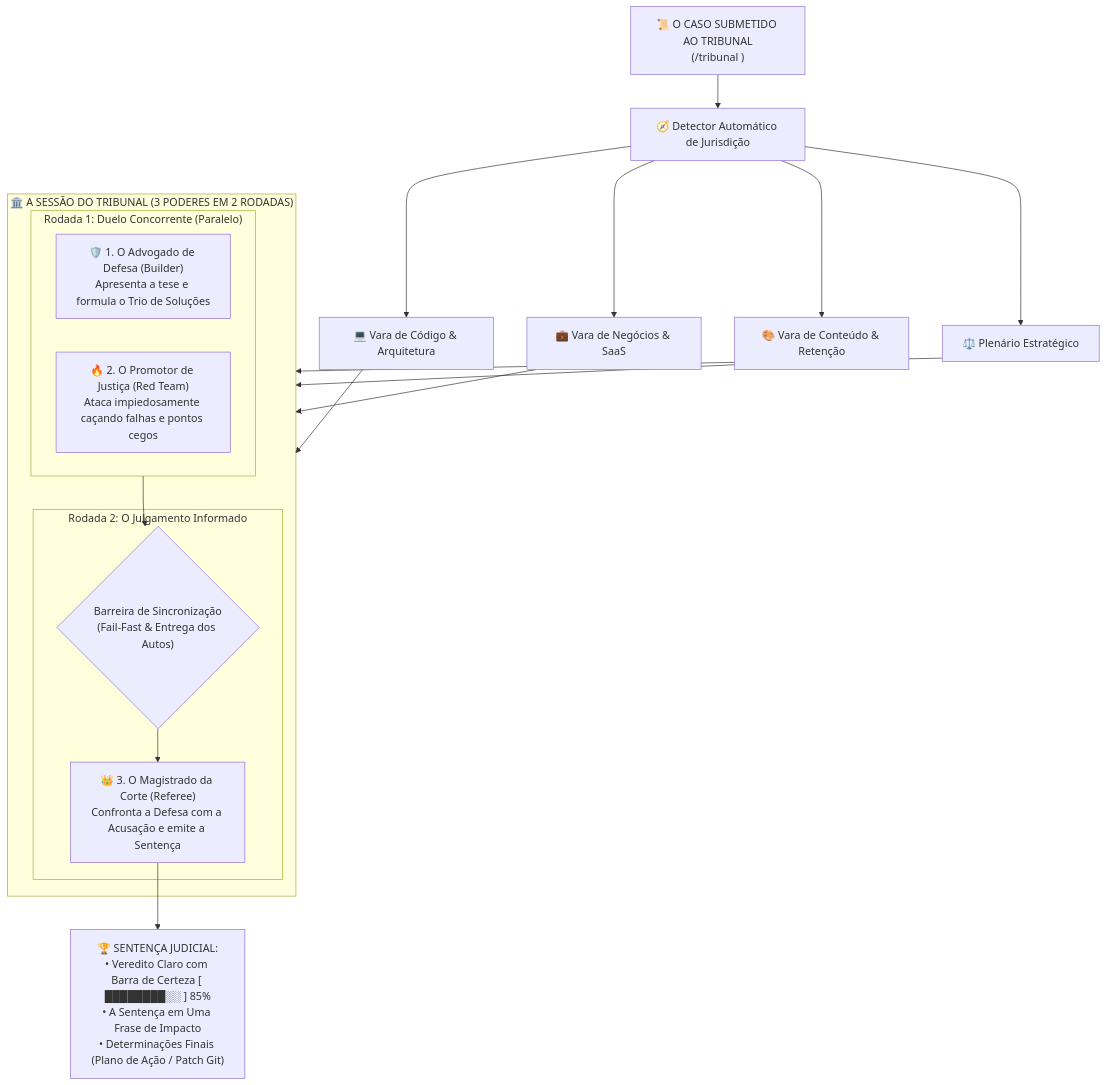
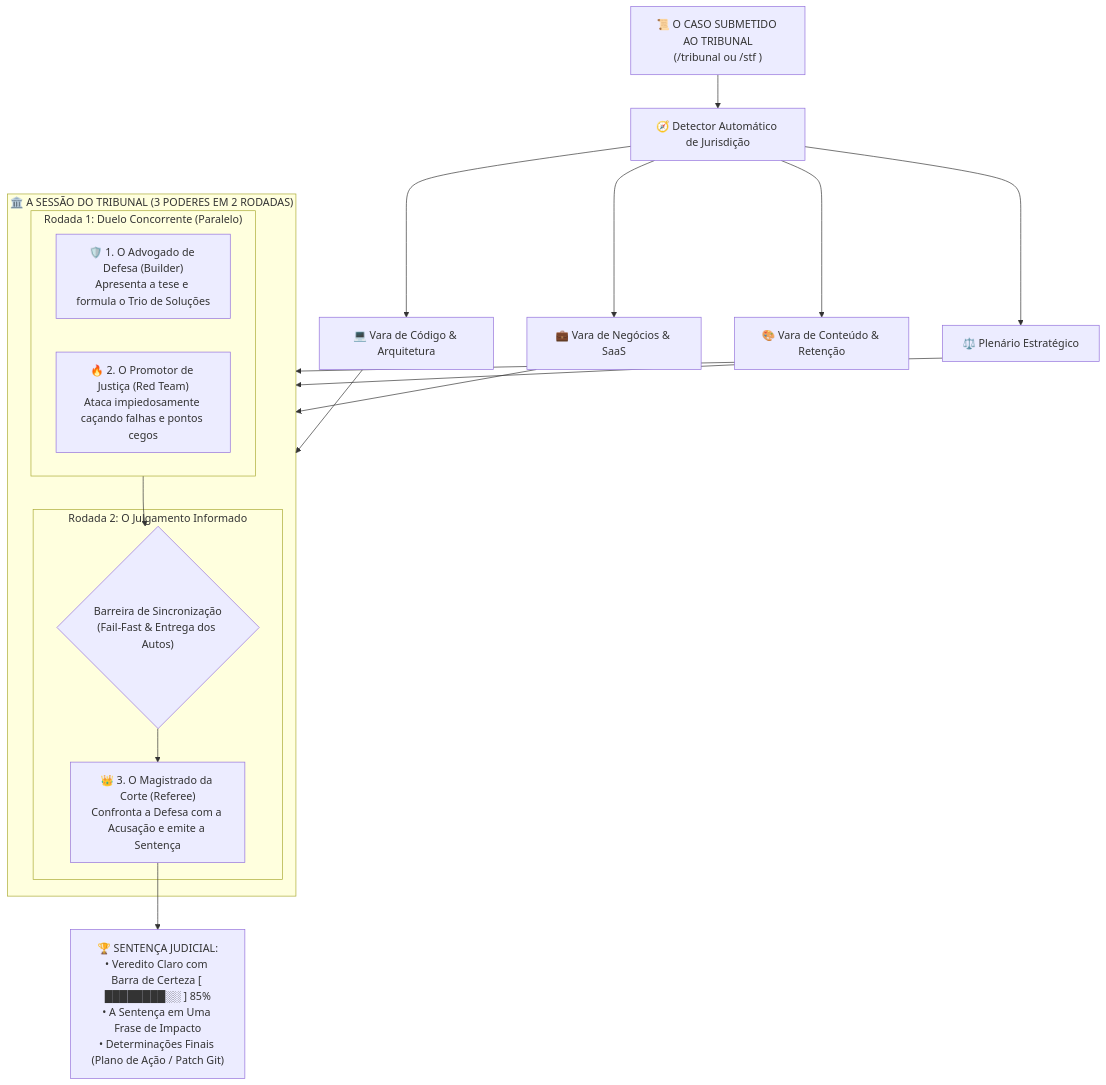
Before and after one commit to Gabrielrtads/cli-cross-review: the diagram in README.md, drawn with Mermaid. The commit also changed other lines of this file and 1 other file, not shown here.

First line of the commit message:
docs: rebranding para STF-IA (Supreme Terminal Framework) com aliases /stf e /tribunal

````diff
--- a/README.md
+++ b/README.md
@@ -28,29 +29,29 @@
 ```mermaid
 flowchart TD
-    CASO["📜 O CASO SUBMETIDO AO TRIBUNAL<br/>(/tribunal <caso | codigo | decisao>)"] --> RECONHECIMENTO["🧭 Detector Automático de Jurisdição"]
+    CASO["📜 O CASO SUBMETIDO AO TRIBUNAL<br/>(/tribunal ou /stf <caso | codigo | decisao>)"] --> RECONHECIMENTO["🧭 Detector Automático de Jurisdição"]
 
     RECONHECIMENTO --> R_CODIGO["💻 Vara de Código & Arquitetura"]
     RECONHECIMENTO --> R_BUSINESS["💼 Vara de Negócios & SaaS"]
     RECONHECIMENTO --> R_CREATIVE["🎨 Vara de Conteúdo & Retenção"]
     RECONHECIMENTO --> R_GENERAL["⚖️ Plenário Estratégico"]
 
     R_CODIGO --> TRIBUNAL
     R_BUSINESS --> TRIBUNAL
     R_CREATIVE --> TRIBUNAL
     R_GENERAL --> TRIBUNAL
 
     subgraph TRIBUNAL ["🏛️ A SESSÃO DO TRIBUNAL (3 PODERES EM 2 RODADAS)"]
         subgraph RODADA_1 ["Rodada 1: Duelo Concorrente (Paralelo)"]
             DEFESA["🛡️ 1. O Advogado de Defesa (Builder)<br/>Apresenta a tese e formula o Trio de Soluções"]
             ACUSACAO["🔥 2. O Promotor de Justiça (Red Team)<br/>Ataca impiedosamente caçando falhas e pontos cegos"]
         end
 
         RODADA_1 --> BARREIRA{"Barreira de Sincronização<br/>(Fail-Fast & Entrega dos Autos)"}
 
         subgraph RODADA_2 ["Rodada 2: O Julgamento Informado"]
             BARREIRA --> JUIZ["👑 3. O Magistrado da Corte (Referee)<br/>Confronta a Defesa com a Acusação e emite a Sentença"]
         end
     end
 
     JUIZ --> ACORDAO["🏆 SENTENÇA JUDICIAL:<br/>• Veredito Claro com Barra de Certeza [ ████████░░ ] 85%<br/>• A Sentença em Uma Frase de Impacto<br/>• Determinações Finais (Plano de Ação / Patch Git)"]
 ```
````
